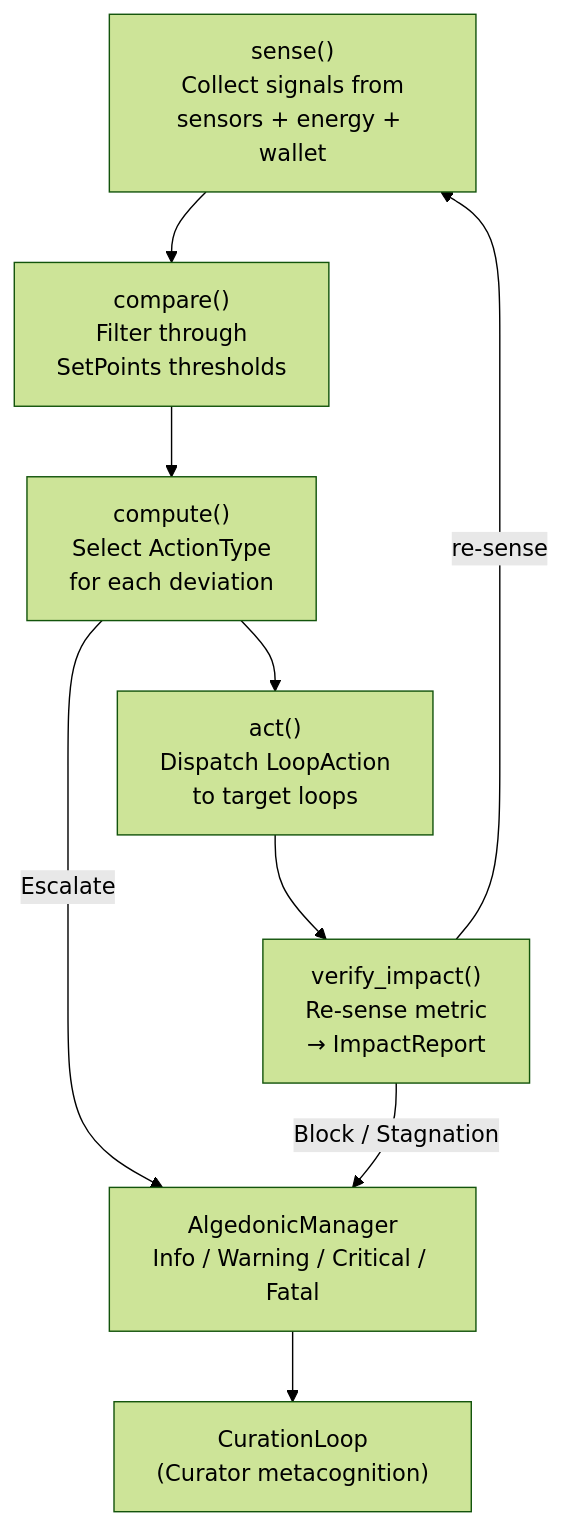
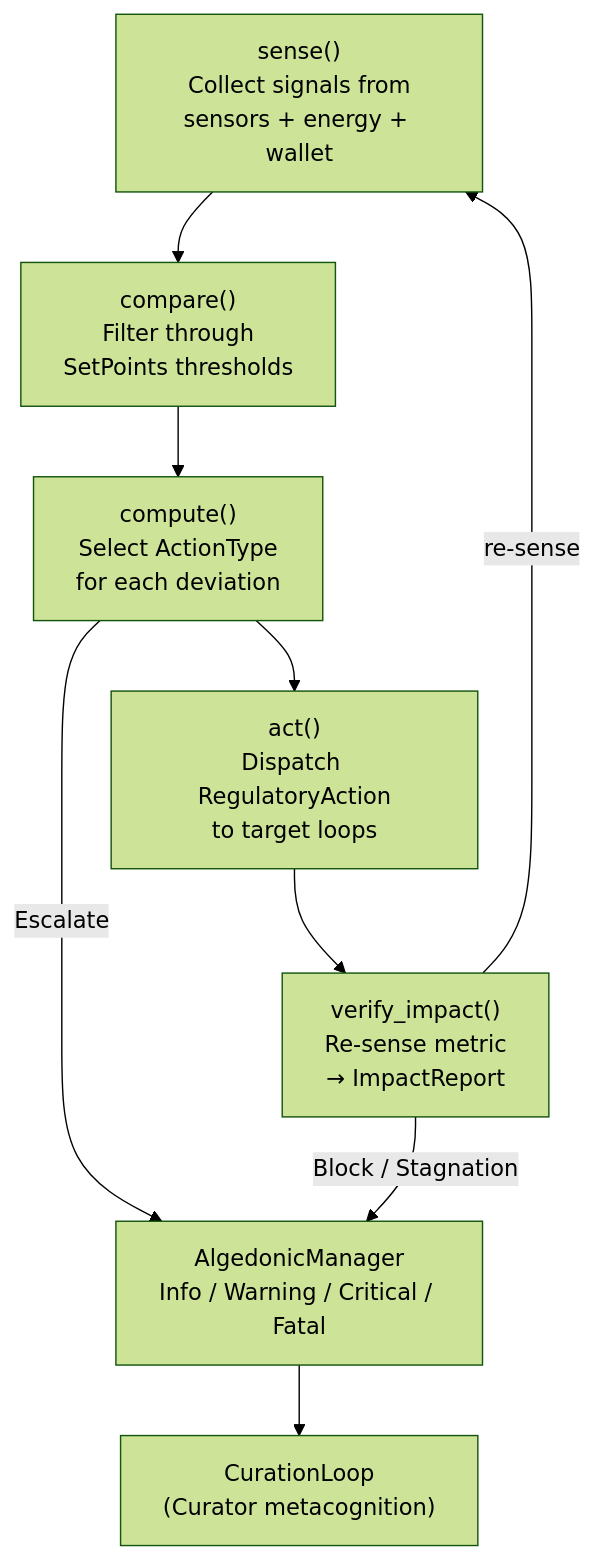
The first of 14 diagrams in docs/explanation/cns-and-loops.md (mdz-axo/hKask), drawn with Mermaid (forest theme) before and after one commit. The commit also changed other lines of this file and 35 other files, not shown here.

````diff
--- a/docs/explanation/cns-and-loops.md
+++ b/docs/explanation/cns-and-loops.md
@@ -125,18 +125,18 @@
 ```mermaid
 flowchart TD
     SENSE["sense()\nCollect signals from\nsensors + energy + wallet"]
     COMPARE["compare()\nFilter through\nSetPoints thresholds"]
     COMPUTE["compute()\nSelect ActionType\nfor each deviation"]
-    ACT["act()\nDispatch LoopAction\nto target loops"]
+    ACT["act()\nDispatch RegulatoryAction\nto target loops"]
     VERIFY["verify_impact()\nRe-sense metric\n→ ImpactReport"]
 
     SENSE --> COMPARE
     COMPARE --> COMPUTE
     COMPUTE --> ACT
     ACT --> VERIFY
     VERIFY -->|"re-sense"| SENSE
 
     COMPUTE -->|"Escalate"| ALG["AlgedonicManager\nInfo / Warning / Critical / Fatal"]
     ALG --> CURATOR["CurationLoop\n(Curator metacognition)"]
     VERIFY -->|"Block / Stagnation"| ALG
 ```
````
